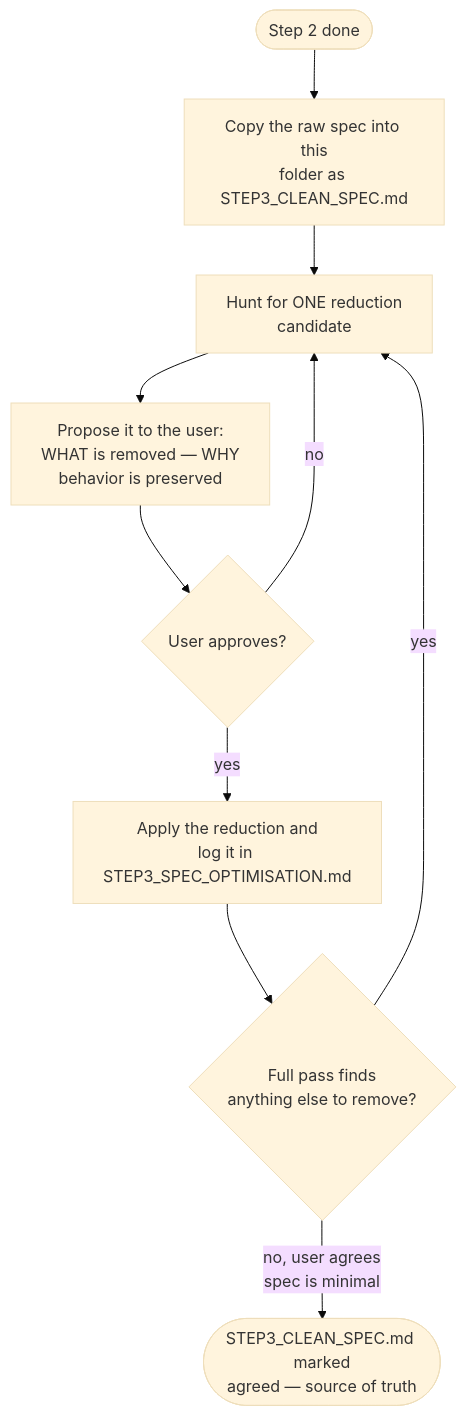
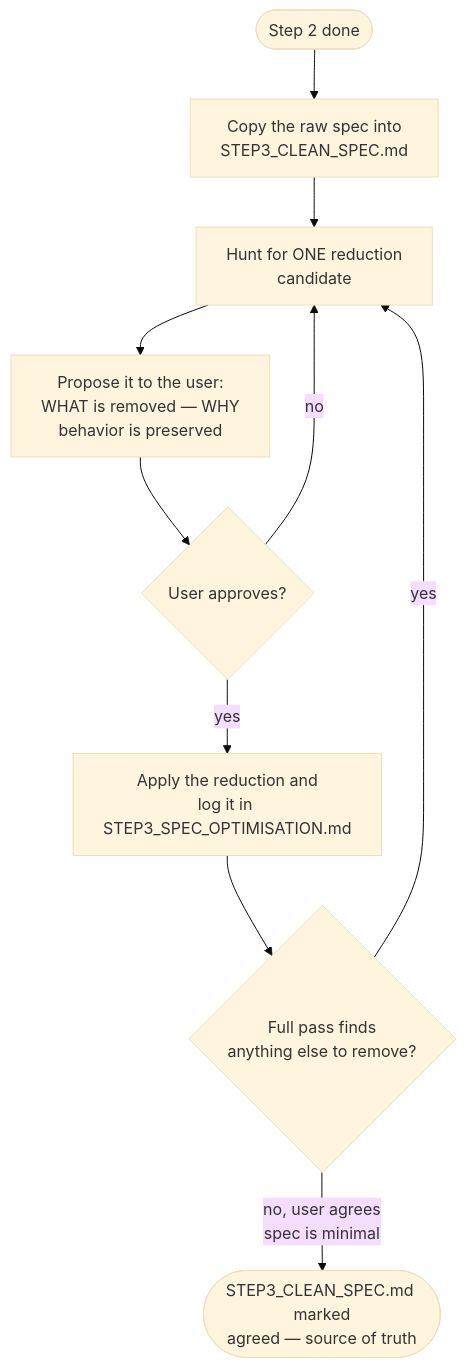
Before and after one commit to jeromeetienne/vibe_to_spec: the diagram in steps/step_03_spec_cleaning/README.md, drawn with Mermaid (base theme). The commit also changed other lines of this file and 23 other files, not shown here.

````diff
--- a/steps/step_03_spec_cleaning/README.md
+++ b/steps/step_03_spec_cleaning/README.md
@@ -18,20 +18,20 @@
 ```mermaid
 flowchart TD
-    Start(["Step 2 done"]) --> Copy["Copy the raw spec into this
-folder as STEP3_CLEAN_SPEC.md"]
+    Start(["Step 2 done"]) --> Copy["Copy the raw spec into
+STEP3_CLEAN_SPEC.md"]
     Copy --> Hunt["Hunt for ONE reduction
 candidate"]
     Hunt --> Propose["Propose it to the user:
 WHAT is removed — WHY
 behavior is preserved"]
     Propose --> Decide{"User approves?"}
     Decide -->|"yes"| Apply["Apply the reduction and
 log it in STEP3_SPEC_OPTIMISATION.md"]
     Decide -->|"no"| Hunt
     Apply --> More{"Full pass finds
 anything else to remove?"}
     More -->|"yes"| Hunt
     More -->|"no, user agrees
 spec is minimal"| Closed(["STEP3_CLEAN_SPEC.md marked
 agreed — source of truth"])
 ```
````
